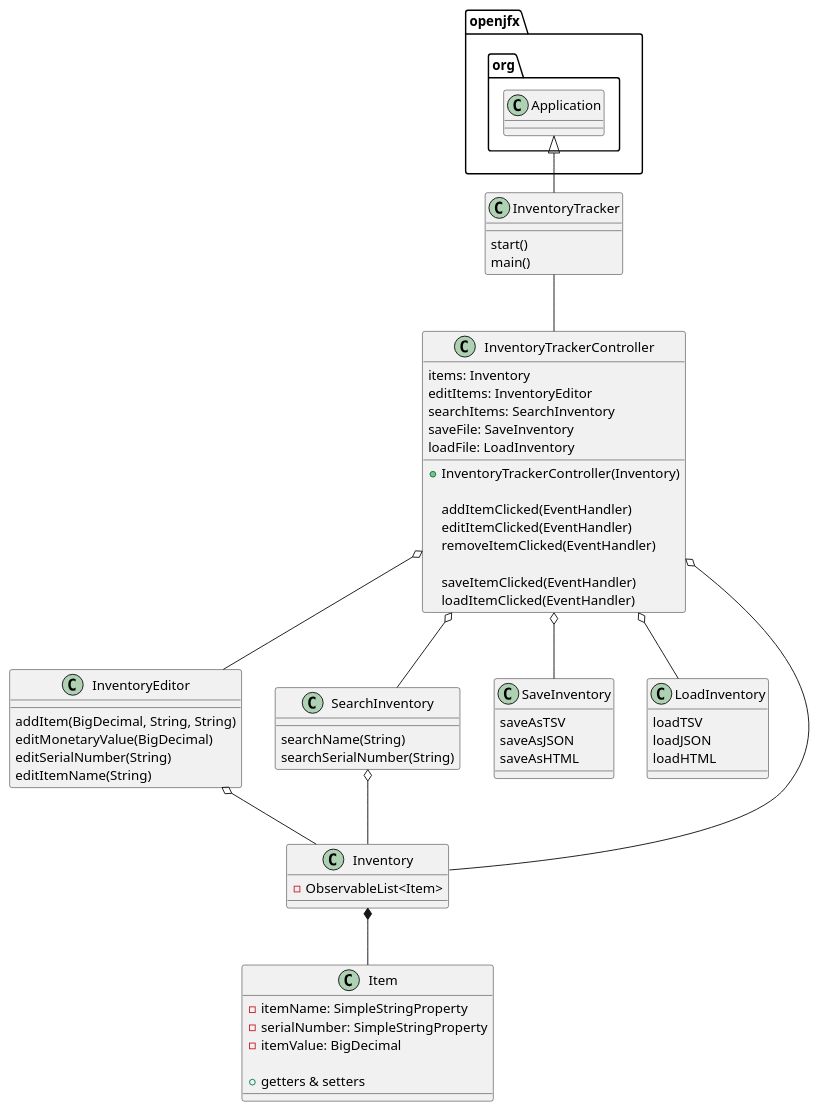
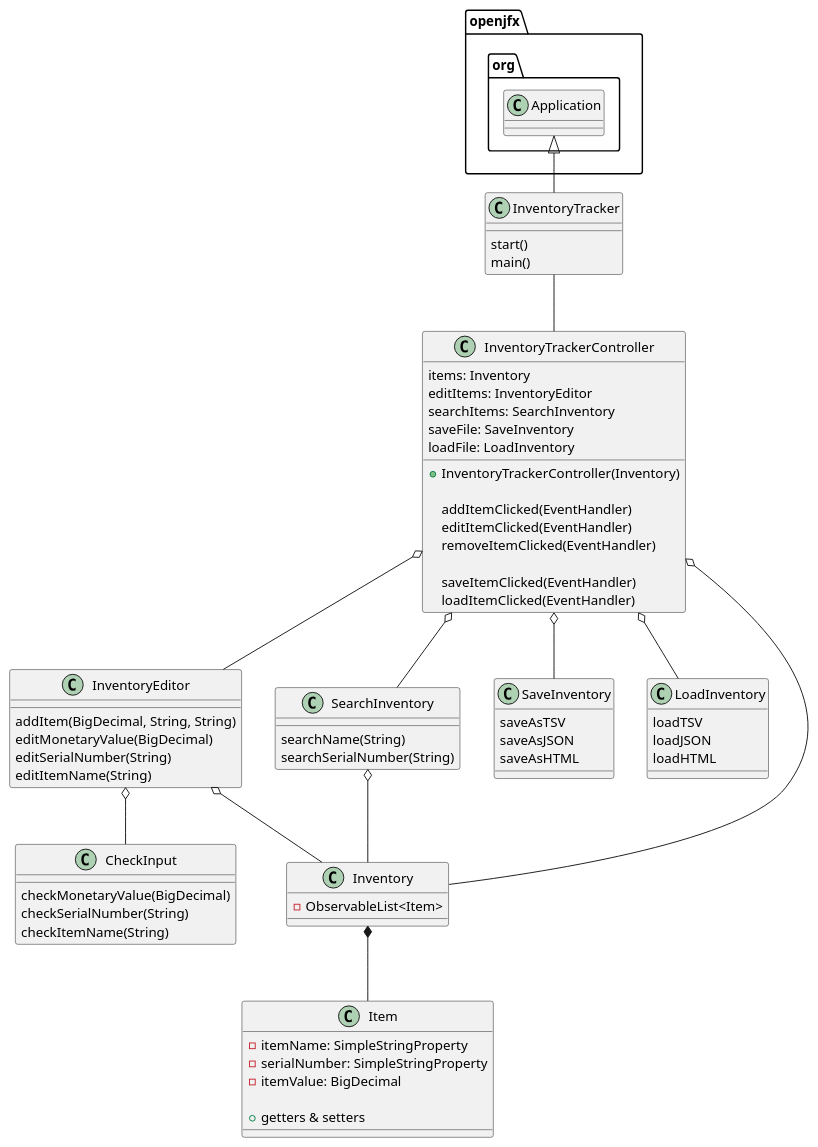
The diagram in uml/InventoryTrackerUML.puml (C-Gagne/gagne-1078-a5), drawn with PlantUML before and after one commit. The commit also changed 10 other files, not shown here.

```diff
--- a/uml/InventoryTrackerUML.puml
+++ b/uml/InventoryTrackerUML.puml
@@ -1,79 +1,87 @@
 @startuml
 'https://plantuml.com/class-diagram
 
 class InventoryTracker {
     start()
     main()
 }
 
 
 class InventoryTrackerController {
     items: Inventory
     editItems: InventoryEditor
     searchItems: SearchInventory
     saveFile: SaveInventory
     loadFile: LoadInventory
 
     + InventoryTrackerController(Inventory)
 
     addItemClicked(EventHandler)
     editItemClicked(EventHandler)
     removeItemClicked(EventHandler)
 
     saveItemClicked(EventHandler)
     loadItemClicked(EventHandler)
 }
 
 
 class InventoryEditor {
     addItem(BigDecimal, String, String)
     editMonetaryValue(BigDecimal)
     editSerialNumber(String)
     editItemName(String)
+}
+
+class CheckInput {
+    checkMonetaryValue(BigDecimal)
+    checkSerialNumber(String)
+    checkItemName(String)
 }
 
 class SearchInventory {
     searchName(String)
     searchSerialNumber(String)
 }
 
 class SaveInventory {
     saveAsTSV
     saveAsJSON
     saveAsHTML
 }
 
 class LoadInventory {
     loadTSV
     loadJSON
     loadHTML
 }
 
 class Inventory {
     - ObservableList<Item>
 }
 
 class Item {
     - itemName: SimpleStringProperty
     - serialNumber: SimpleStringProperty
     - itemValue: BigDecimal
 
     + getters & setters
 }
 
 
 openjfx.org.Application <|-- InventoryTracker
 InventoryTracker -- InventoryTrackerController
 
 InventoryTrackerController o-- Inventory
 InventoryTrackerController o-- InventoryEditor
 InventoryTrackerController o-- SaveInventory
 InventoryTrackerController o-- LoadInventory
 InventoryTrackerController o-- SearchInventory
 
+InventoryEditor o-- CheckInput
+
 InventoryEditor o-- Inventory
 SearchInventory o-- Inventory
 
 Inventory *-- Item
 
 @enduml
```
